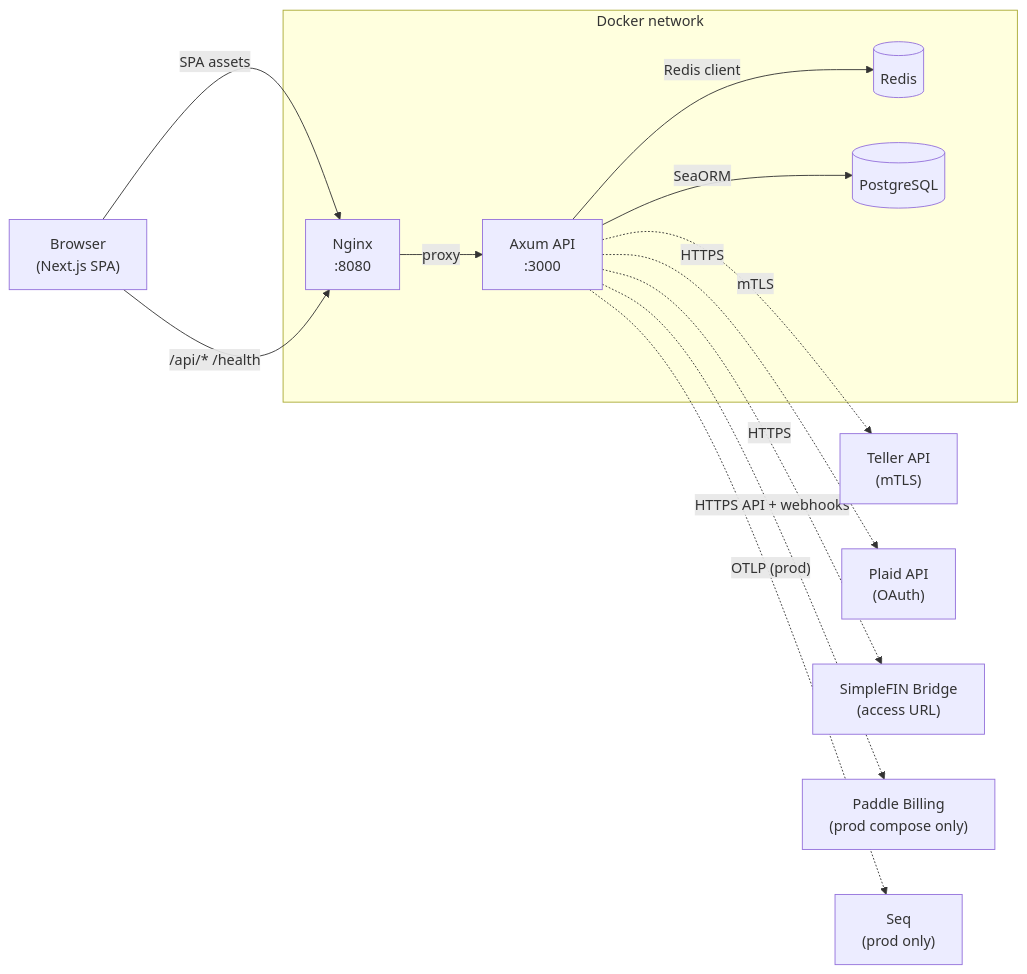
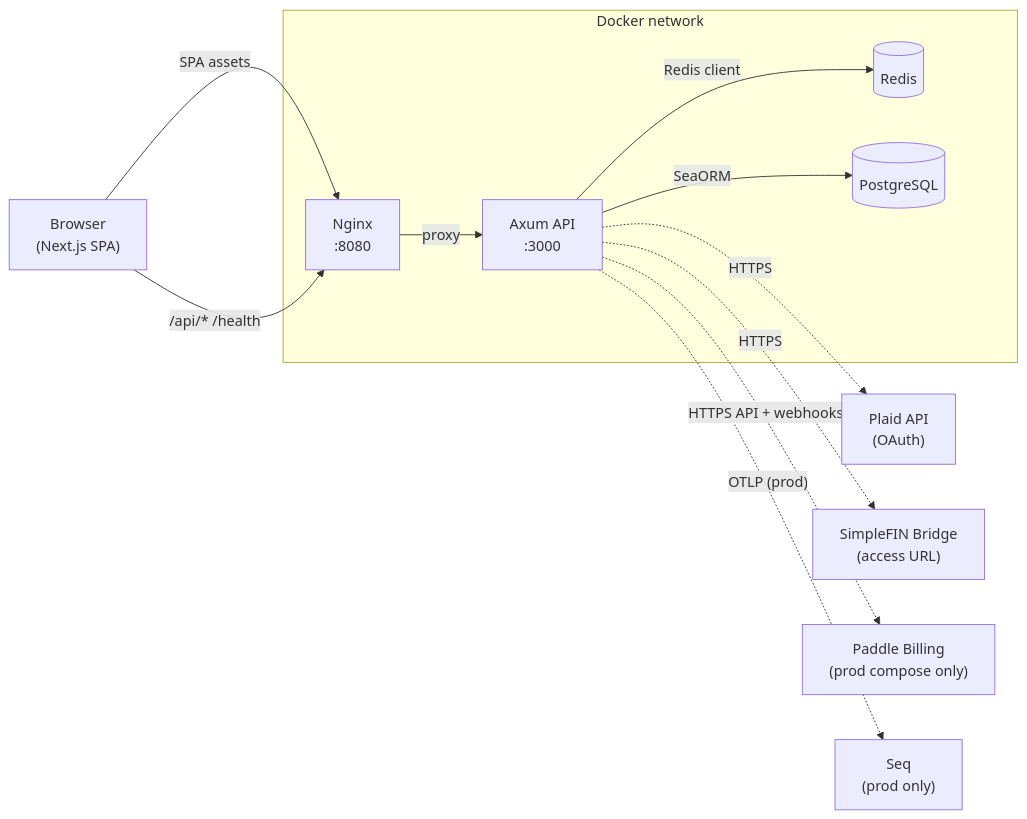
One commit to TwoBitFoundry/sumurai changed the first of 11 diagrams in docs/ARCHITECTURE.md. Above: the diagram before and after it, drawn with Mermaid. The commit also changed other lines of this file and 90 other files, not shown here.

Commit message:
feat: remove Teller Connect and live API support (#178)

````diff
--- a/docs/ARCHITECTURE.md
+++ b/docs/ARCHITECTURE.md
@@ -11,28 +11,26 @@
 ```mermaid
 flowchart LR
     Browser["Browser\n(Next.js SPA)"]
 
     subgraph "Docker network"
         Nginx["Nginx\n:8080"]
         Backend["Axum API\n:3000"]
         Redis[("Redis")]
         Postgres[("PostgreSQL")]
     end
 
-    Teller["Teller API\n(mTLS)"]
     Plaid["Plaid API\n(OAuth)"]
     SimpleFIN["SimpleFIN Bridge\n(access URL)"]
     Paddle["Paddle Billing\n(prod compose only)"]
     Seq["Seq\n(prod only)"]
 
     Browser -->|"SPA assets"| Nginx
     Browser -->|"/api/*  /health"| Nginx
     Nginx -->|"proxy"| Backend
     Backend -->|"SeaORM"| Postgres
     Backend -->|"Redis client"| Redis
     Backend -.->|"OTLP (prod)"| Seq
-    Backend -.->|"mTLS"| Teller
     Backend -.->|"HTTPS"| Plaid
     Backend -.->|"HTTPS"| SimpleFIN
     Backend -.->|"HTTPS API + webhooks"| Paddle
 ```
````
